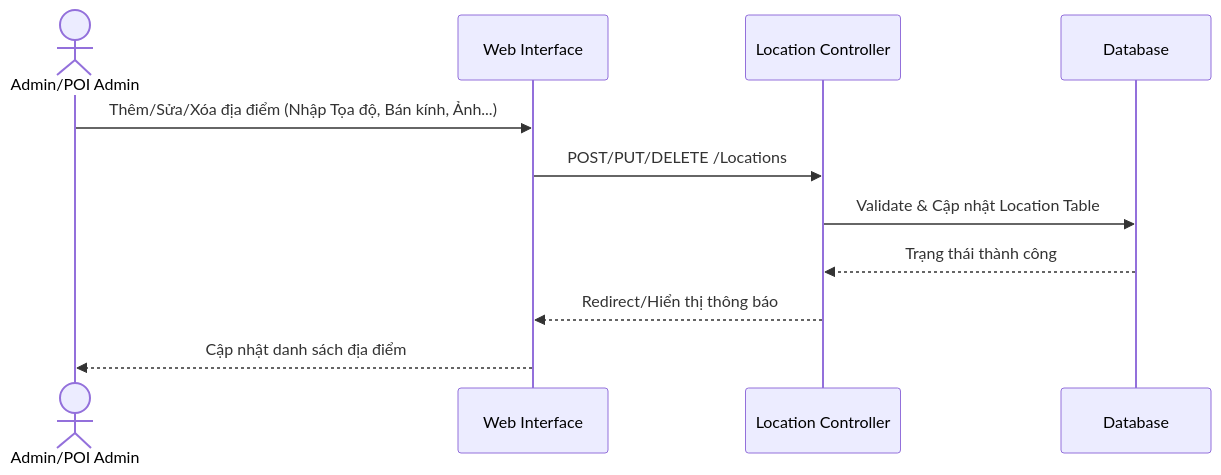
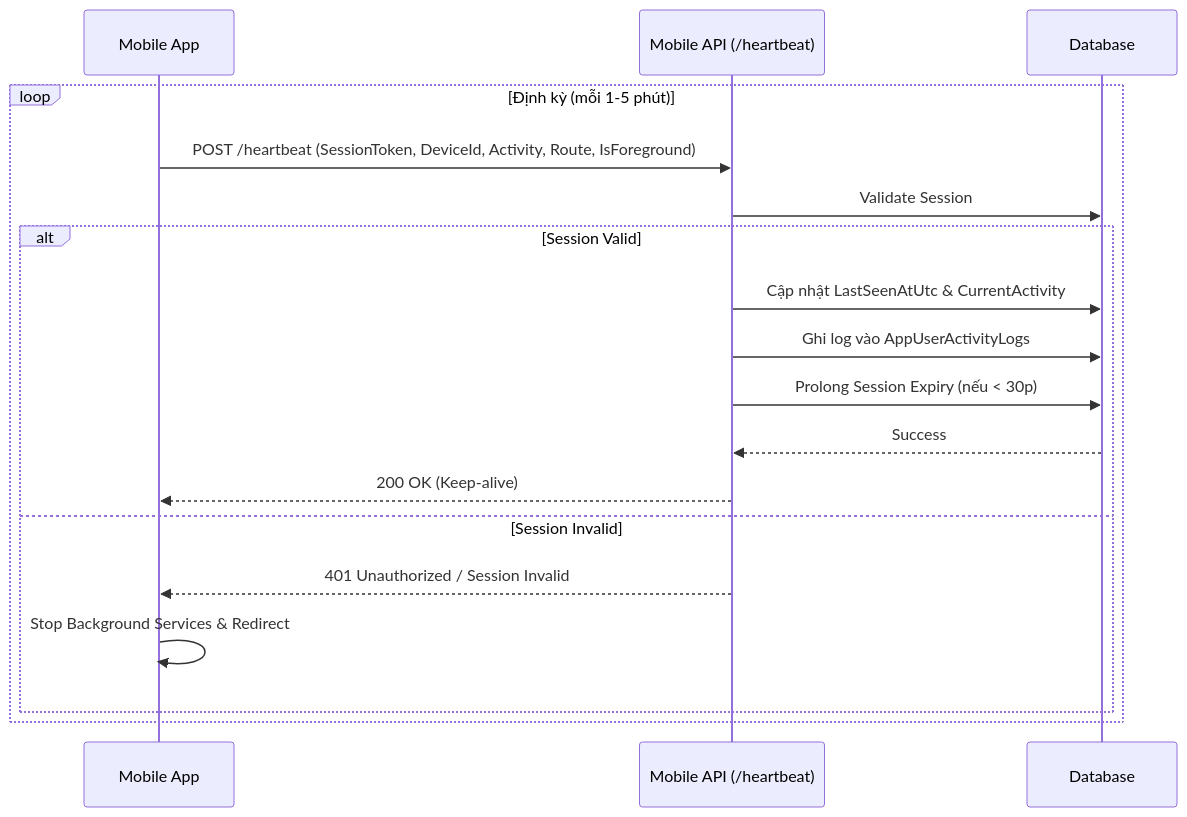
Before and after one commit to CuongNguyen-0712/AudioLife: the fourth of 11 diagrams in system_sequence_diagrams.md, drawn with Mermaid. The commit also changed other lines of this file and 392 other files, not shown here.

````diff
--- a/system_sequence_diagrams.md
+++ b/system_sequence_diagrams.md
@@ -54,14 +93,21 @@
 ```mermaid
 sequenceDiagram
-    actor Admin as Admin/POI Admin
-    participant Web as Web Interface
-    participant LocCtrl as Location Controller
+    participant Mobile as Mobile App
+    participant API as Mobile API (/heartbeat)
     participant DB as Database
     
-    Admin->>Web: Thêm/Sửa/Xóa địa điểm (Nhập Tọa độ, Bán kính, Ảnh...)
-    Web->>LocCtrl: POST/PUT/DELETE /Locations
-    LocCtrl->>DB: Validate & Cập nhật Location Table
-    DB-->>LocCtrl: Trạng thái thành công
-    LocCtrl-->>Web: Redirect/Hiển thị thông báo
-    Web-->>Admin: Cập nhật danh sách địa điểm
+    loop Định kỳ (mỗi 1-5 phút)
+        Mobile->>API: POST /heartbeat (SessionToken, DeviceId, Activity, Route, IsForeground)
+        API->>DB: Validate Session
+        alt Session Valid
+            API->>DB: Cập nhật LastSeenAtUtc & CurrentActivity
+            API->>DB: Ghi log vào AppUserActivityLogs
+            API->>DB: Prolong Session Expiry (nếu < 30p)
+            DB-->>API: Success
+            API-->>Mobile: 200 OK (Keep-alive)
+        else Session Invalid
+            API-->>Mobile: 401 Unauthorized / Session Invalid
+            Mobile->>Mobile: Stop Background Services & Redirect
+        end
+    end
 ```
````
